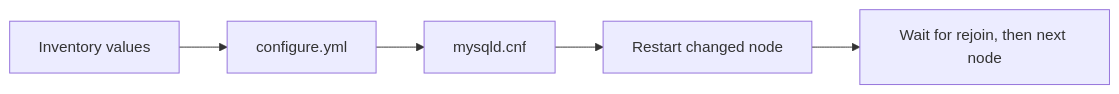
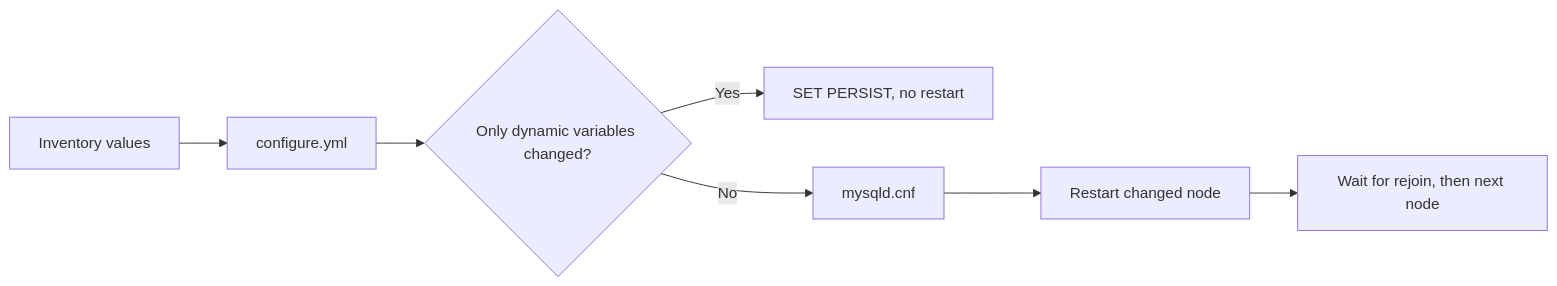
One commit to vishuops0210/percona_server_8.4 changed the diagram in docs/configuration-reference.md. Above: the diagram before and after it, drawn with Mermaid. The commit also changed other lines of this file and 7 other files, not shown here.

````diff
--- a/docs/configuration-reference.md
+++ b/docs/configuration-reference.md
@@ -3,7 +3,9 @@
 ```mermaid
 flowchart LR
   V[Inventory values] --> C[configure.yml]
-  C --> F[mysqld.cnf]
+  C --> D{Only dynamic variables changed?}
+  D -->|Yes| P[SET PERSIST, no restart]
+  D -->|No| F[mysqld.cnf]
   F --> R[Restart changed node]
   R --> N[Wait for rejoin, then next node]
 ```
````
